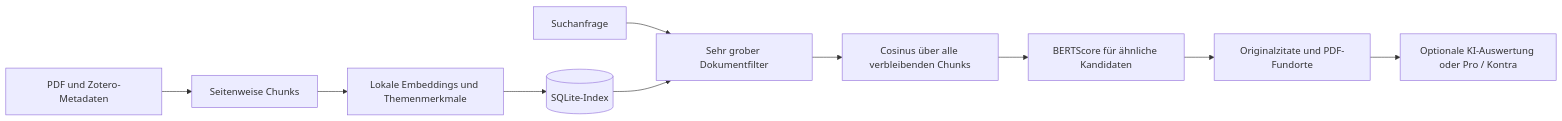
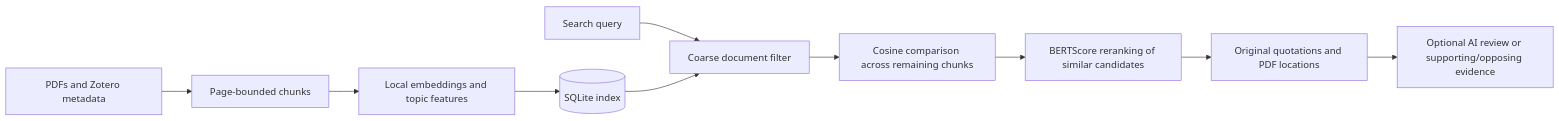
One commit to Cuzimnero/zitatlotse changed the diagram in README.md. Above: the diagram before and after it, drawn with Mermaid. The commit also changed other lines of this file and 17 other files, not shown here.

````diff
--- a/README.md
+++ b/README.md
@@ -54,12 +54,12 @@
 ```mermaid
 flowchart LR
-    A[PDF und Zotero-Metadaten] --> B[Seitenweise Chunks]
-    B --> C[Lokale Embeddings und Themenmerkmale]
-    C --> D[(SQLite-Index)]
-    Q[Suchanfrage] --> E[Sehr grober Dokumentfilter]
+    A[PDFs and Zotero metadata] --> B[Page-bounded chunks]
+    B --> C[Local embeddings and topic features]
+    C --> D[(SQLite index)]
+    Q[Search query] --> E[Coarse document filter]
     D --> E
-    E --> F[Cosinus über alle verbleibenden Chunks]
-    F --> G[BERTScore für ähnliche Kandidaten]
-    G --> H[Originalzitate und PDF-Fundorte]
-    H --> I[Optionale KI-Auswertung oder Pro / Kontra]
+    E --> F[Cosine comparison across remaining chunks]
+    F --> G[BERTScore reranking of similar candidates]
+    G --> H[Original quotations and PDF locations]
+    H --> I[Optional AI review or supporting/opposing evidence]
 ```
````
